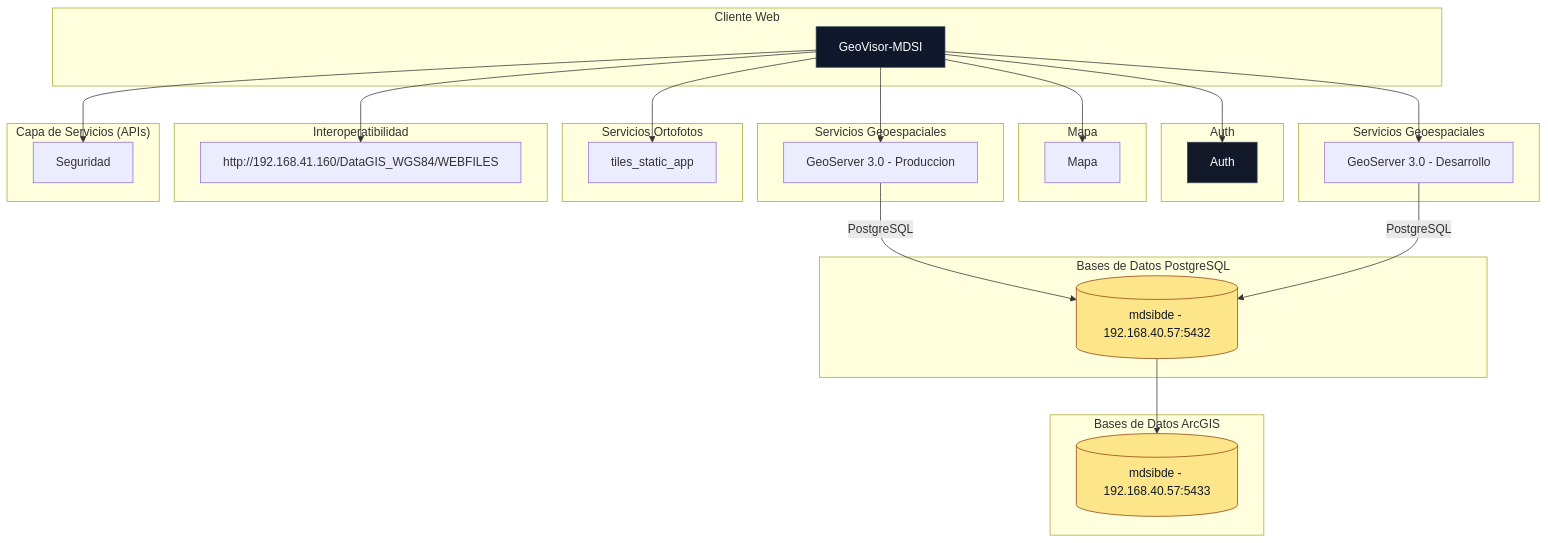
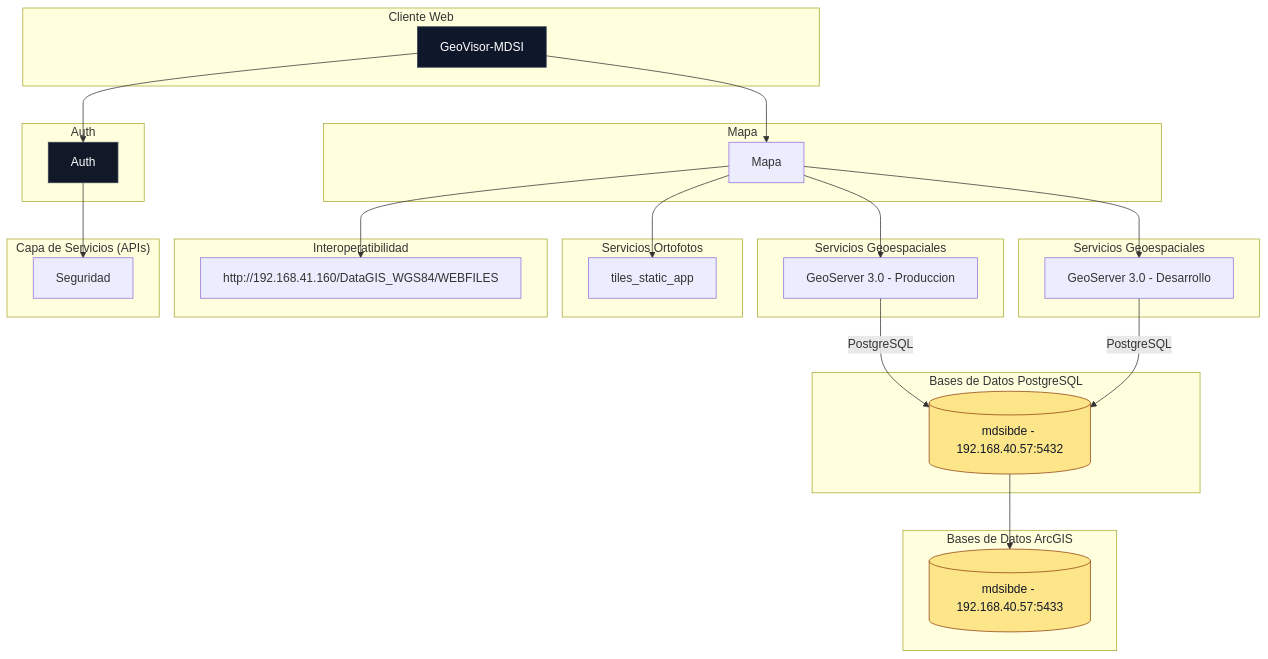
The diagram in README.md (mdsigeovisor/geovisormdsi), drawn with Mermaid before and after one commit.

````diff
--- a/README.md
+++ b/README.md
@@ -14,73 +14,73 @@
 ```mermaid
 graph TB
   %% =========================
   %% COMPONENTES
   %% =========================
   subgraph "Cliente Web"
     FRONT[GeoVisor-MDSI]
   end 
 
   subgraph "Auth"
     AUTH[Auth]
   end
 
   subgraph "Mapa"
     MAPA[Mapa]
   end
 
   subgraph "Bases de Datos PostgreSQL"
     DB1[(mdsibde - 192.168.40.57:5432)]
   end
 
   subgraph "Bases de Datos ArcGIS"
     DB2[(mdsibde - 192.168.40.57:5433)]
   end
   
   subgraph "Servicios Geoespaciales"
     GEOSERVER_PROD[GeoServer 3.0 - Produccion]
   end
 
   subgraph "Servicios Geoespaciales"
     GEOSERVER_DEV[GeoServer 3.0 - Desarrollo]
   end
 
   subgraph "Servicios Ortofotos"
     ORTOFOTOS[tiles_static_app]
   end
 
   subgraph "Interoperatibilidad"
     INTER[http://192.168.41.160/DataGIS_WGS84/WEBFILES]
   end
 
   subgraph "Capa de Servicios (APIs)"
     SEGURIDAD[Seguridad]
   end  
 
   %% =========================
   %% RELACIONES
   %% =========================
   FRONT --> AUTH
   FRONT --> MAPA
-  FRONT --> SEGURIDAD
-  FRONT --> GEOSERVER_PROD
-  FRONT --> GEOSERVER_DEV
-  FRONT --> ORTOFOTOS
-  FRONT --> INTER
+  AUTH --> SEGURIDAD
+  MAPA --> GEOSERVER_PROD
+  MAPA --> GEOSERVER_DEV
+  MAPA --> ORTOFOTOS
+  MAPA --> INTER
   DB1 --> DB2
   
   GEOSERVER_PROD -- "PostgreSQL" --> DB1
   GEOSERVER_DEV -- "PostgreSQL" --> DB1
   
 
   %% =========================
   %% ESTILOS
   %% =========================
   classDef front fill:#0f172a,stroke:#334155,stroke-width:1px,color:#fff;
   classDef service fill:#111827,stroke:#374151,stroke-width:1px,color:#fff;
   classDef db fill:#fde68a,stroke:#92400e,stroke-width:1px,color:#111827;
 
   class FRONT front;
   class AUTH,GEOSERVER service;
   class DB1 db;
   class DB2 db;
 ```
````
